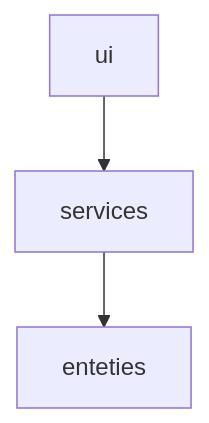
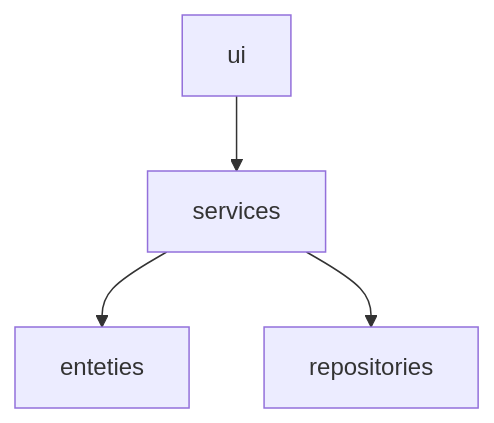
The second of 3 diagrams in dokumentaatio/arkkitehtuuri.md (BorisVer/ot-harjoitustyo), drawn with Mermaid before and after one commit. The commit also changed other lines of this file, not shown here.

````diff
--- a/dokumentaatio/arkkitehtuuri.md
+++ b/dokumentaatio/arkkitehtuuri.md
@@ -43,5 +43,6 @@
 ```mermaid
 graph TD
     ui --> services
-    services --> enteties 
+    services --> enteties
+    services --> repositories 
 ```
````
